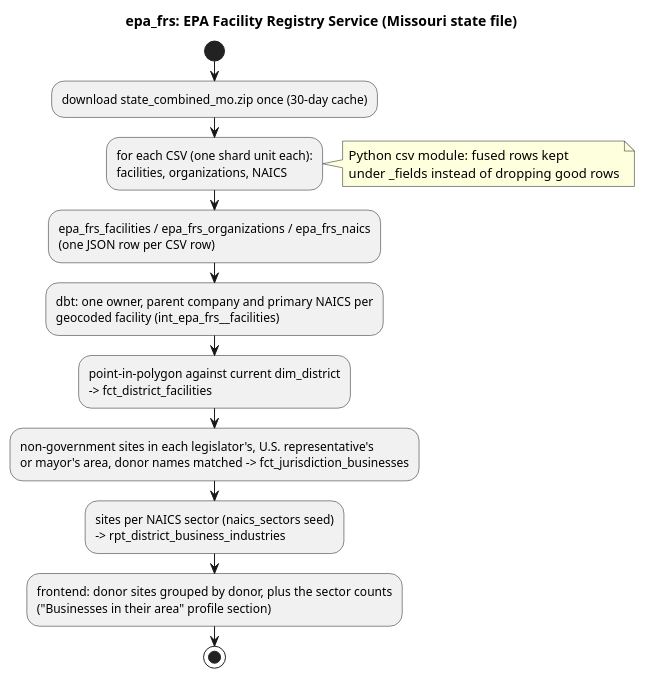
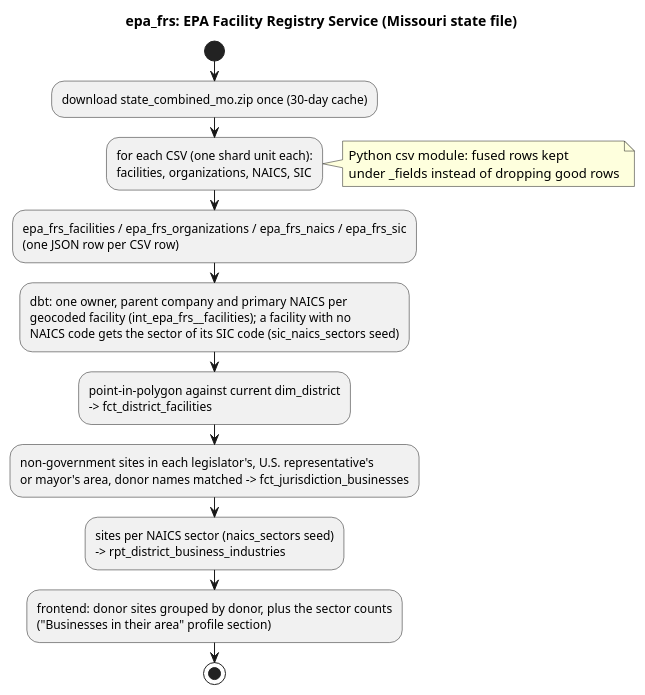
The diagram in docs/diagrams/sources/epa_frs.puml (akettmann/missouri_gov_feed), drawn with PlantUML before and after one commit. The commit also changed 15 other files, not shown here.

First line of the commit message:
Land the FRS SIC file and map SIC to NAICS sectors for sites without NAICS (Fixes #10)

```diff
--- a/docs/diagrams/sources/epa_frs.puml
+++ b/docs/diagrams/sources/epa_frs.puml
@@ -1,21 +1,22 @@
 @startuml epa_frs
 title epa_frs: EPA Facility Registry Service (Missouri state file)
 start
 :download state_combined_mo.zip once (30-day cache);
 :for each CSV (one shard unit each):
-facilities, organizations, NAICS;
+facilities, organizations, NAICS, SIC;
 note right: Python csv module: fused rows kept\nunder _fields instead of dropping good rows
-:epa_frs_facilities / epa_frs_organizations / epa_frs_naics
+:epa_frs_facilities / epa_frs_organizations / epa_frs_naics / epa_frs_sic
 (one JSON row per CSV row);
 :dbt: one owner, parent company and primary NAICS per
-geocoded facility (int_epa_frs__facilities);
+geocoded facility (int_epa_frs__facilities); a facility with no
+NAICS code gets the sector of its SIC code (sic_naics_sectors seed);
 :point-in-polygon against current dim_district
 -> fct_district_facilities;
 :non-government sites in each legislator's, U.S. representative's
 or mayor's area, donor names matched -> fct_jurisdiction_businesses;
 :sites per NAICS sector (naics_sectors seed)
 -> rpt_district_business_industries;
 :frontend: donor sites grouped by donor, plus the sector counts
 ("Businesses in their area" profile section);
 stop
 @enduml
```
